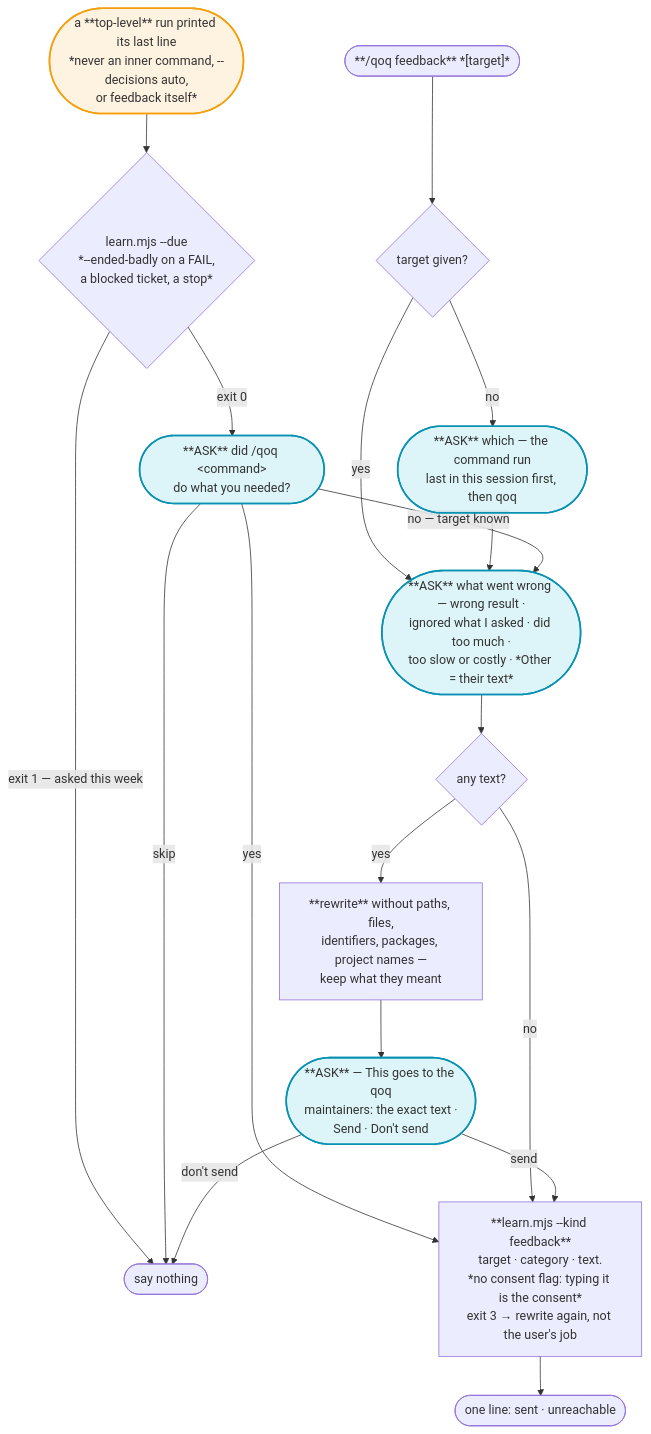
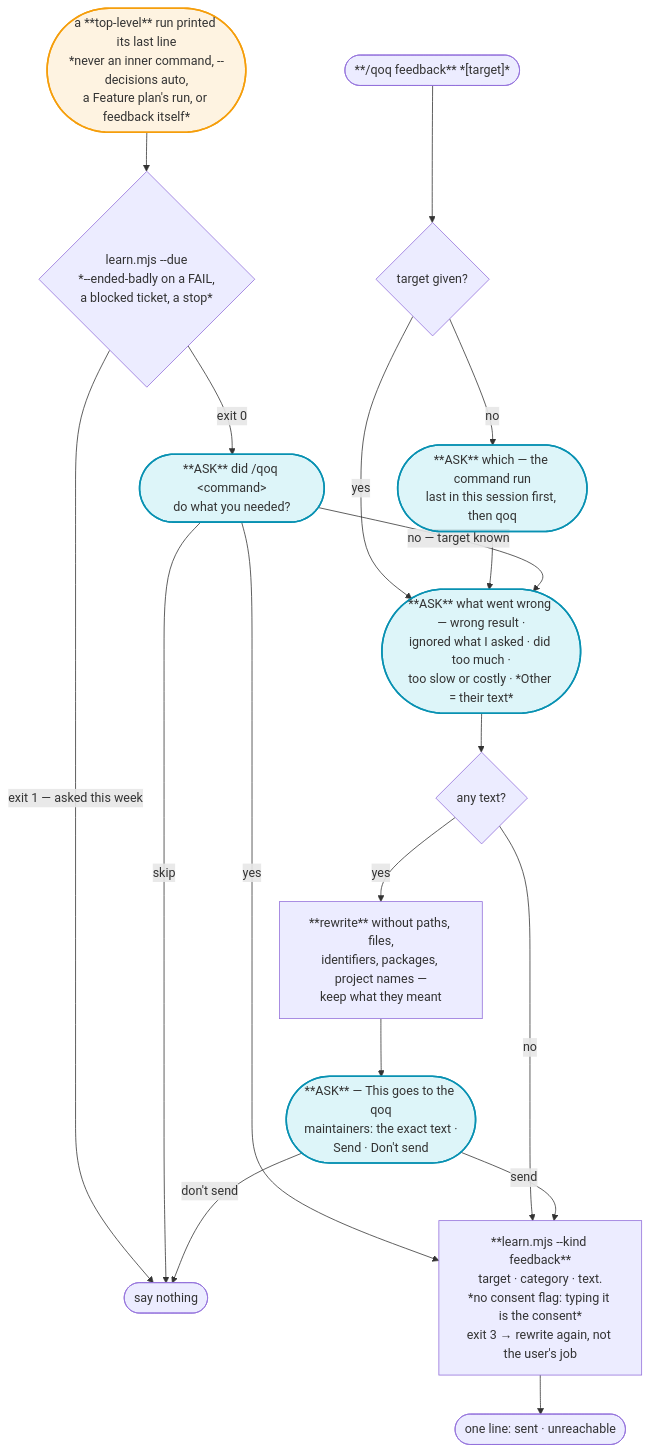
Diagram 15 of 15 in docs/qoq-workflows.md (ladamczyk-it/qoq), drawn with Mermaid before and after one commit. The commit also changed other lines of this file and 4 other files, not shown here.

````diff
--- a/docs/qoq-workflows.md
+++ b/docs/qoq-workflows.md
@@ -964,27 +964,27 @@
 ```mermaid
 flowchart TD
     FIN(["**/qoq feedback** *[target]*"]) --> FT{"target given?"}
     FT -->|no| FASKT(["**ASK** which — the command run<br/>last in this session first, then qoq"])
     FT -->|yes| FCAT
     FASKT --> FCAT
-    FEND(["a **top-level** run printed its last line<br/>*never an inner command, --decisions auto,<br/>or feedback itself*"]) --> FDUE{"learn.mjs --due<br/>*--ended-badly on a FAIL,<br/>a blocked ticket, a stop*"}
+    FEND(["a **top-level** run printed its last line<br/>*never an inner command, --decisions auto,<br/>a Feature plan's run, or feedback itself*"]) --> FDUE{"learn.mjs --due<br/>*--ended-badly on a FAIL,<br/>a blocked ticket, a stop*"}
     FDUE -->|"exit 1 — asked this week"| FQUIET(["say nothing"])
     FDUE -->|"exit 0"| FSAT(["**ASK** did /qoq &lt;command&gt;<br/>do what you needed?"])
     FSAT -->|yes| FSEND
     FSAT -->|skip| FQUIET
     FSAT -->|"no — target known"| FCAT
     FCAT(["**ASK** what went wrong — wrong result ·<br/>ignored what I asked · did too much ·<br/>too slow or costly · *Other = their text*"])
     FCAT --> FTXT{"any text?"}
     FTXT -->|no| FSEND
     FTXT -->|yes| FREW["**rewrite** without paths, files,<br/>identifiers, packages, project names —<br/>keep what they meant"]
     FREW --> FPREV(["**ASK** — This goes to the qoq<br/>maintainers: the exact text ·<br/>Send · Don't send"])
     FPREV -->|send| FSEND["**learn.mjs --kind feedback**<br/>target · category · text.<br/>*no consent flag: typing it is the consent*<br/>exit 3 → rewrite again, not the user's job"]
     FPREV -->|"don't send"| FQUIET
     FSEND --> FOUT(["one line: sent · unreachable"])
 
     classDef user fill:#06b6d422,stroke:#0891b2,stroke-width:2px
     classDef note fill:#f59e0b1f,stroke:#f59e0b,stroke-width:2px
 
     class FASKT,FSAT,FCAT,FPREV user
     class FEND note
 ```
````
